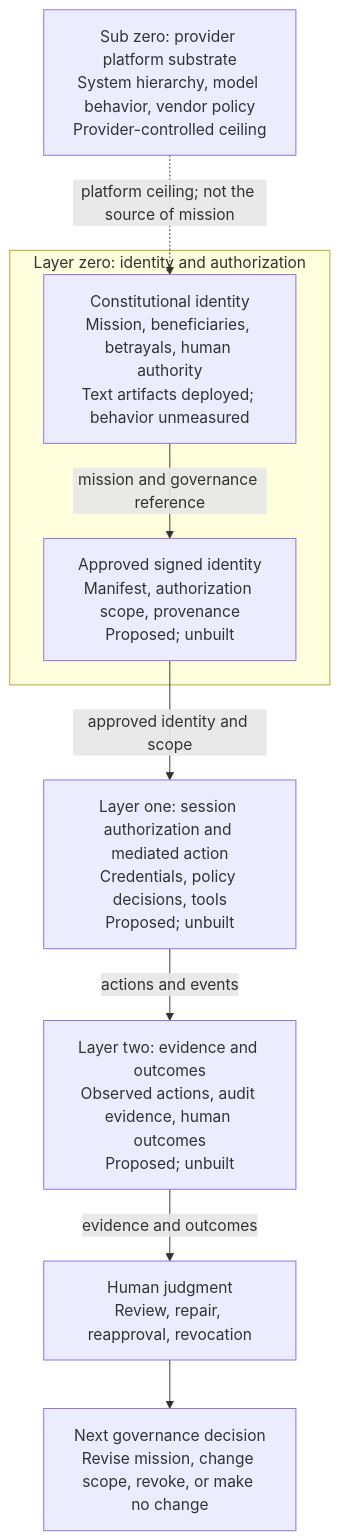
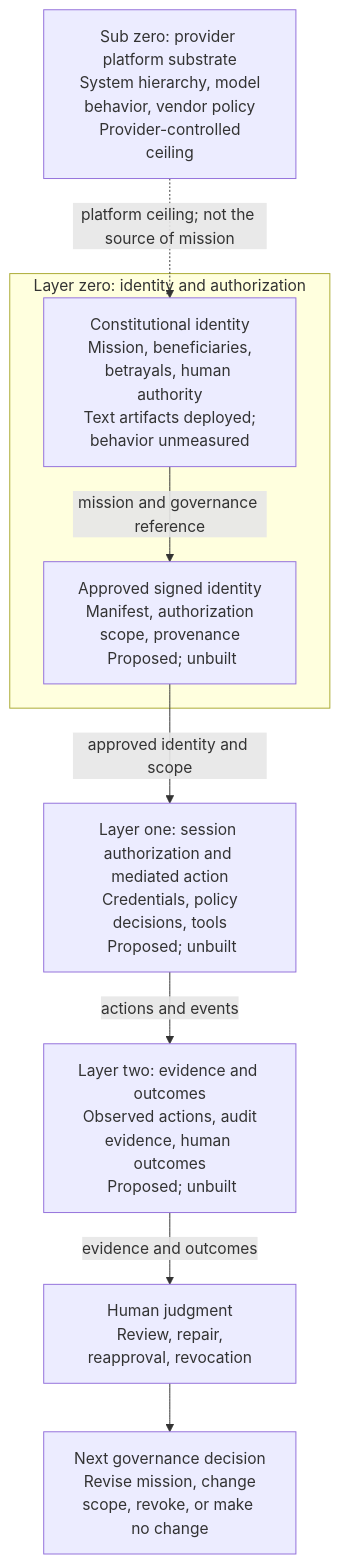
Before and after one commit to medranejr-grc/lacey-framework: the diagram in README.md, drawn with Mermaid. The commit also changed 2 other files, not shown here.

Commit message:
Preserve spacing in Mermaid labels

````diff
--- a/README.md
+++ b/README.md
@@ -94,19 +94,19 @@
 ```mermaid
 flowchart TB
-    subzero["Sub zero: provider platform substrate<br/>System hierarchy, model behavior, vendor policy<br/>Provider-controlled ceiling"]
+    subzero["Sub zero: provider platform substrate<br/> System hierarchy, model behavior, vendor policy<br/> Provider-controlled ceiling"]
     subgraph layerzero["Layer zero: identity and authorization"]
-        constitution["Constitutional identity<br/>Mission, beneficiaries, betrayals, human authority<br/>Text artifacts deployed; behavior unmeasured"]
-        manifest["Approved signed identity<br/>Manifest, authorization scope, provenance<br/>Proposed; unbuilt"]
+        constitution["Constitutional identity<br/> Mission, beneficiaries, betrayals, human authority<br/> Text artifacts deployed; behavior unmeasured"]
+        manifest["Approved signed identity<br/> Manifest, authorization scope, provenance<br/> Proposed; unbuilt"]
         constitution -->|"mission and governance reference"| manifest
     end
-    runtime["Layer one: session authorization and mediated action<br/>Credentials, policy decisions, tools<br/>Proposed; unbuilt"]
-    evidence["Layer two: evidence and outcomes<br/>Observed actions, audit evidence, human outcomes<br/>Proposed; unbuilt"]
-    judgment["Human judgment<br/>Review, repair, reapproval, revocation"]
-    response["Next governance decision<br/>Revise mission, change scope, revoke, or make no change"]
+    runtime["Layer one: session authorization and mediated action<br/> Credentials, policy decisions, tools<br/> Proposed; unbuilt"]
+    evidence["Layer two: evidence and outcomes<br/> Observed actions, audit evidence, human outcomes<br/> Proposed; unbuilt"]
+    judgment["Human judgment<br/> Review, repair, reapproval, revocation"]
+    response["Next governance decision<br/> Revise mission, change scope, revoke, or make no change"]
 
     subzero -.->|"platform ceiling; not the source of mission"| constitution
     manifest -->|"approved identity and scope"| runtime
     runtime -->|"actions and events"| evidence
     evidence -->|"evidence and outcomes"| judgment
     judgment --> response
 ```
````
